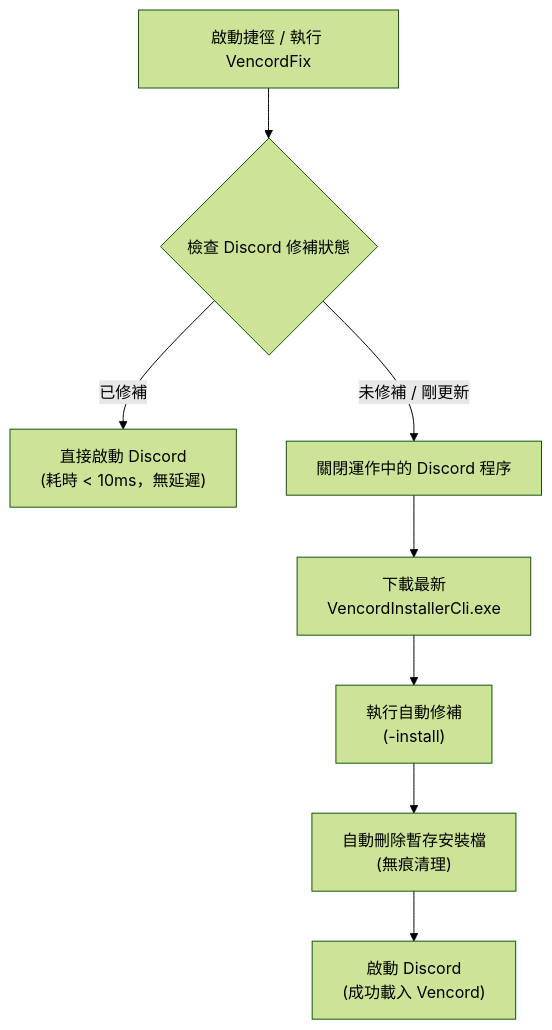
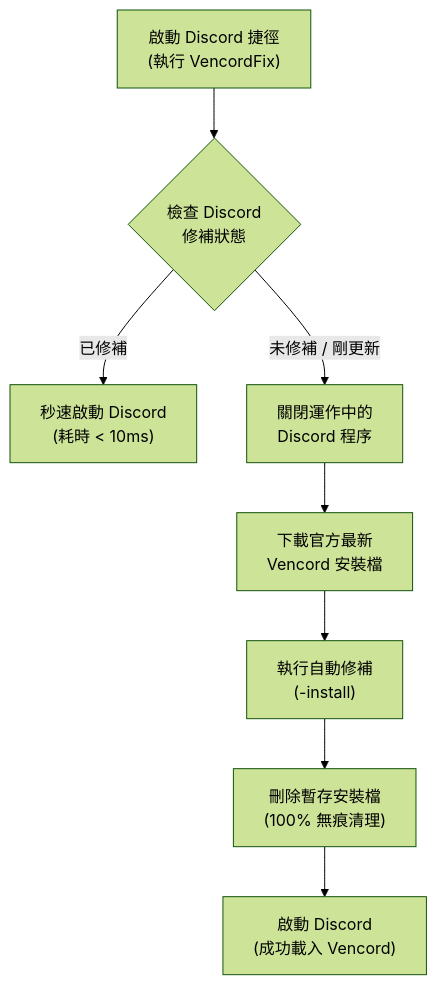
The diagram in docs/README.zh-TW.md (eclipse999/VencordFix), drawn with Mermaid (forest theme) before and after one commit. The commit also changed 1 other file, not shown here.

Commit message:
fix(docs): shorten flowchart line lengths to eliminate any text truncation

````diff
--- a/docs/README.zh-TW.md
+++ b/docs/README.zh-TW.md
@@ -58,10 +58,10 @@
 ```mermaid
 flowchart TD
-    A["啟動捷徑 / 執行 VencordFix"] --> B{"檢查 Discord 修補狀態"}
-    B -->|已修補| C["直接啟動 Discord<br/>(耗時 &lt; 10ms，無延遲)"]
-    B -->|未修補 / 剛更新| D["關閉運作中的 Discord 程序"]
-    D --> E["下載最新<br/>VencordInstallerCli.exe"]
+    A["啟動 Discord 捷徑<br/>(執行 VencordFix)"] --> B{"檢查 Discord<br/>修補狀態"}
+    B -->|已修補| C["秒速啟動 Discord<br/>(耗時 &lt; 10ms)"]
+    B -->|未修補 / 剛更新| D["關閉運作中的<br/>Discord 程序"]
+    D --> E["下載官方最新<br/>Vencord 安裝檔"]
     E --> F["執行自動修補<br/>(-install)"]
-    F --> G["自動刪除暫存安裝檔<br/>(無痕清理)"]
+    F --> G["刪除暫存安裝檔<br/>(100% 無痕清理)"]
     G --> H["啟動 Discord<br/>(成功載入 Vencord)"]
 ```
````
